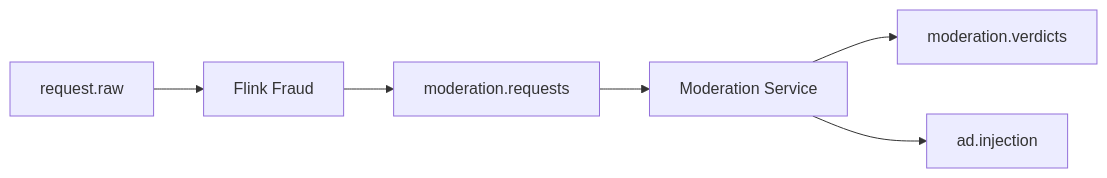
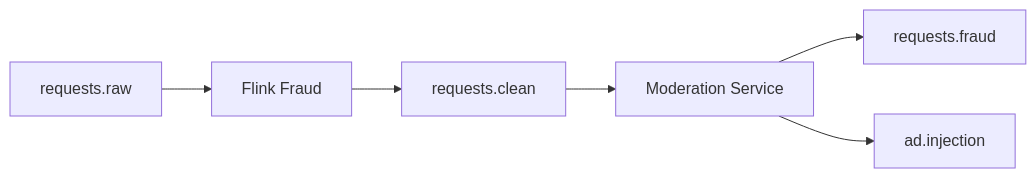
One commit to IamMistake/ai-ad-request-safety-pipeline changed the diagram in docs/moderation_service.md. Above: the diagram before and after it, drawn with Mermaid. The commit also changed other lines of this file and 27 other files, not shown here.

Commit message:
document new architecture phase one

````diff
--- a/docs/moderation_service.md
+++ b/docs/moderation_service.md
@@ -26,8 +26,8 @@
 ```mermaid
 flowchart LR
-    A[request.raw] --> B[Flink Fraud]
-    B --> C[moderation.requests]
+    A[requests.raw] --> B[Flink Fraud]
+    B --> C[requests.clean]
     C --> D[Moderation Service]
-    D --> E[moderation.verdicts]
+    D --> E[requests.fraud]
     D --> F[ad.injection]
 ```
````
